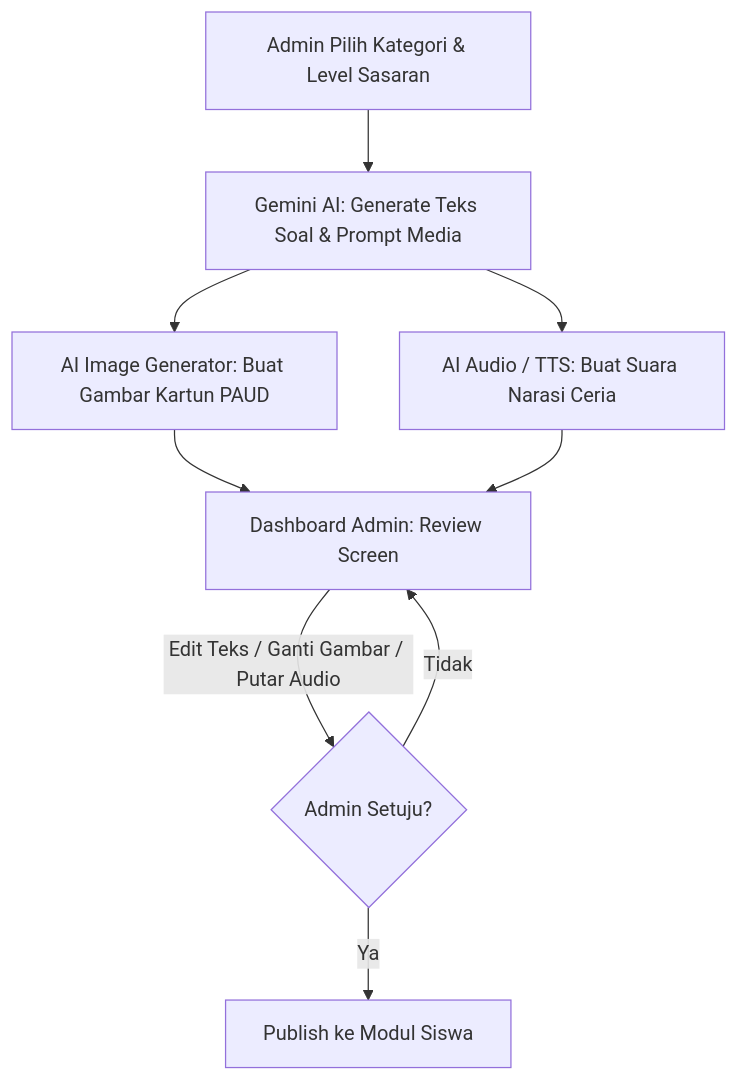
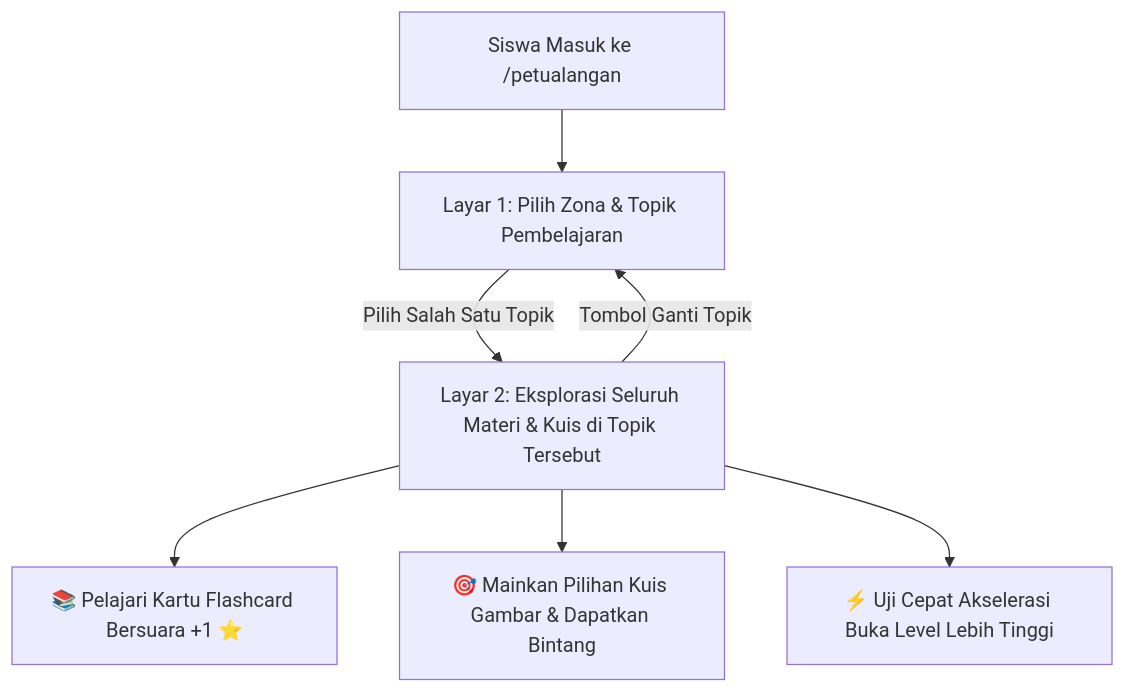
The first of 2 diagrams in PRD-kuy-belajar.md (iqbalfaf/YukBelajar-PAUD), drawn with Mermaid before and after one commit. The commit also changed other lines of this file, not shown here.

Commit message:
docs: perbarui PRD dengan arsitektur kurikulum 3 pilar, 20 topik pembelajaran, dan panel admin berbasis tab

````diff
--- a/PRD-kuy-belajar.md
+++ b/PRD-kuy-belajar.md
@@ -191,11 +101,9 @@
 ```mermaid
 flowchart TD
-    A[Admin Pilih Kategori & Level Sasaran] --> B[Gemini AI: Generate Teks Soal & Prompt Media]
-    B --> C[AI Image Generator: Buat Gambar Kartun PAUD]
-    B --> D[AI Audio / TTS: Buat Suara Narasi Ceria]
-    C --> E[Dashboard Admin: Review Screen]
-    D --> E
-    E -->|Edit Teks / Ganti Gambar / Putar Audio| F{Admin Setuju?}
-    F -->|Ya| G[Publish ke Modul Siswa]
-    F -->|Tidak| E
+    A[Siswa Masuk ke /petualangan] --> B[Layar 1: Pilih Zona & Topik Pembelajaran]
+    B -->|Pilih Salah Satu Topik| C[Layar 2: Eksplorasi Seluruh Materi & Kuis di Topik Tersebut]
+    C --> D1[📚 Pelajari Kartu Flashcard Bersuara +1 ⭐]
+    C --> D2[🎯 Mainkan Pilihan Kuis Gambar & Dapatkan Bintang]
+    C --> D3[⚡ Uji Cepat Akselerasi Buka Level Lebih Tinggi]
+    C -->|Tombol Ganti Topik| B
 ```
````
